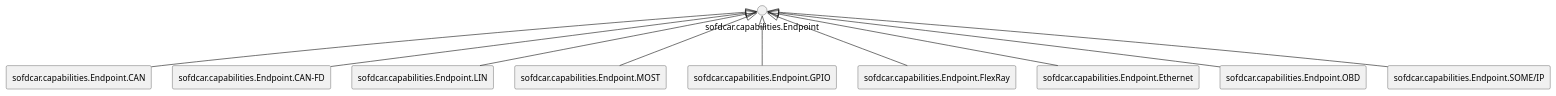
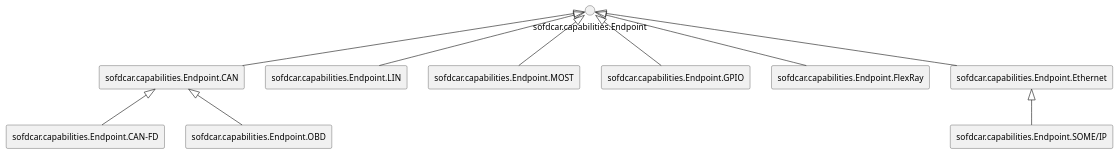
The diagram in docs/docs/sofdcar/tosca-sofdcar-profile-extended.capability-types.puml (OpenTOSCA/opentosca-vintner), drawn with PlantUML before and after one commit. The commit also changed 11 other files, not shown here.

```diff
--- a/docs/docs/sofdcar/tosca-sofdcar-profile-extended.capability-types.puml
+++ b/docs/docs/sofdcar/tosca-sofdcar-profile-extended.capability-types.puml
@@ -1,42 +1,42 @@
 @startuml
 skinparam componentStyle rectangle
 
 
 rectangle "sofdcar.capabilities.Endpoint.CAN"
 
 rectangle "sofdcar.capabilities.Endpoint.CAN-FD"
 
 rectangle "sofdcar.capabilities.Endpoint.LIN"
 
 rectangle "sofdcar.capabilities.Endpoint.MOST"
 
 rectangle "sofdcar.capabilities.Endpoint.GPIO"
 
 rectangle "sofdcar.capabilities.Endpoint.FlexRay"
 
 rectangle "sofdcar.capabilities.Endpoint.Ethernet"
 
 rectangle "sofdcar.capabilities.Endpoint.OBD"
 
 rectangle "sofdcar.capabilities.Endpoint.SOME/IP"
 
 
 "sofdcar.capabilities.Endpoint" <|-- "sofdcar.capabilities.Endpoint.CAN"
 
-"sofdcar.capabilities.Endpoint" <|-- "sofdcar.capabilities.Endpoint.CAN-FD"
+"sofdcar.capabilities.Endpoint.CAN" <|-- "sofdcar.capabilities.Endpoint.CAN-FD"
 
 "sofdcar.capabilities.Endpoint" <|-- "sofdcar.capabilities.Endpoint.LIN"
 
 "sofdcar.capabilities.Endpoint" <|-- "sofdcar.capabilities.Endpoint.MOST"
 
 "sofdcar.capabilities.Endpoint" <|-- "sofdcar.capabilities.Endpoint.GPIO"
 
 "sofdcar.capabilities.Endpoint" <|-- "sofdcar.capabilities.Endpoint.FlexRay"
 
 "sofdcar.capabilities.Endpoint" <|-- "sofdcar.capabilities.Endpoint.Ethernet"
 
-"sofdcar.capabilities.Endpoint" <|-- "sofdcar.capabilities.Endpoint.OBD"
+"sofdcar.capabilities.Endpoint.CAN" <|-- "sofdcar.capabilities.Endpoint.OBD"
 
-"sofdcar.capabilities.Endpoint" <|-- "sofdcar.capabilities.Endpoint.SOME/IP"
+"sofdcar.capabilities.Endpoint.Ethernet" <|-- "sofdcar.capabilities.Endpoint.SOME/IP"
 
 @enduml
```
